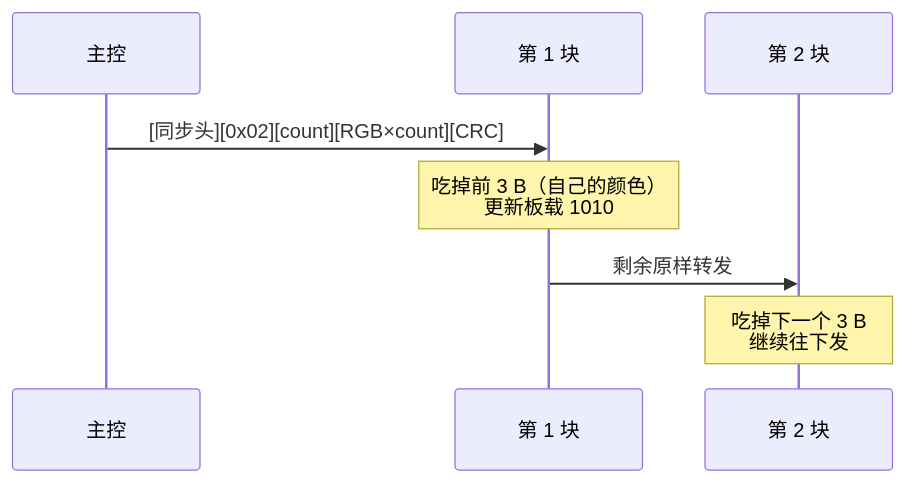
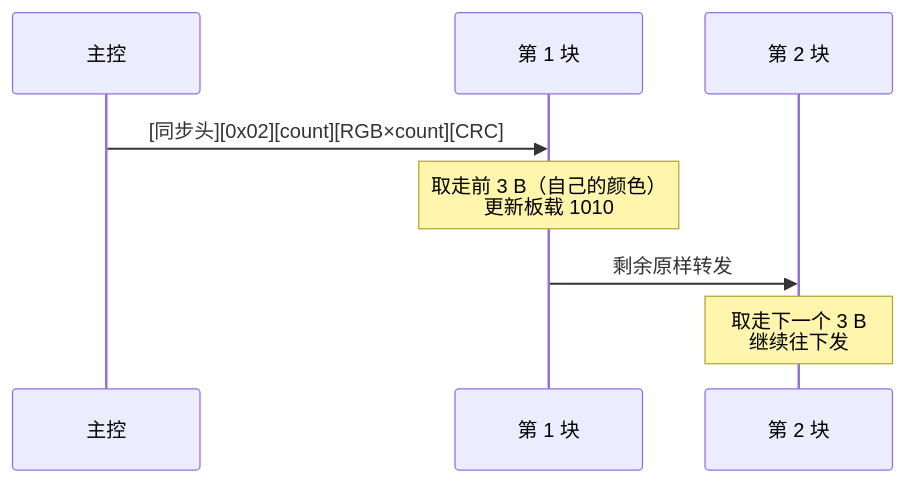
Before and after one commit to langhua/AuroraTessellation-NFC: the third of 7 diagrams in hardware/pixel/bus-protocol.md, drawn with Mermaid. The commit also changed other lines of this file and 3 other files, not shown here.

````diff
--- a/hardware/pixel/bus-protocol.md
+++ b/hardware/pixel/bus-protocol.md
@@ -105,10 +105,10 @@
 ```mermaid
 sequenceDiagram
     participant H as 主控
     participant P1 as 第 1 块
     participant P2 as 第 2 块
     H->>P1: [同步头][0x02][count][RGB×count][CRC]
-    Note over P1: 吃掉前 3 B（自己的颜色）<br/>更新板载 1010
+    Note over P1: 取走前 3 B（自己的颜色）<br/>更新板载 1010
     P1->>P2: 剩余原样转发
-    Note over P2: 吃掉下一个 3 B<br/>继续往下发
+    Note over P2: 取走下一个 3 B<br/>继续往下发
 ```
````
